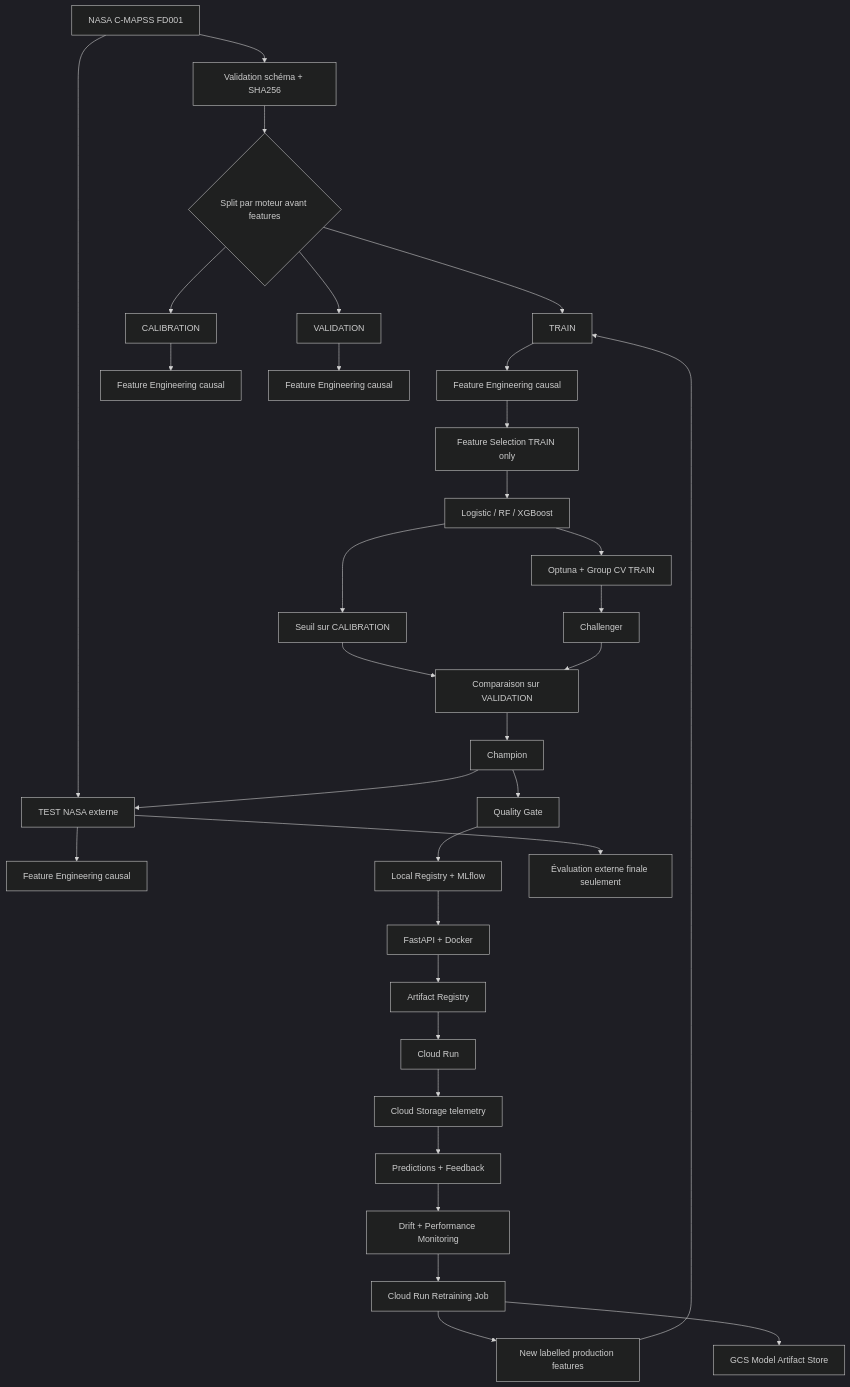
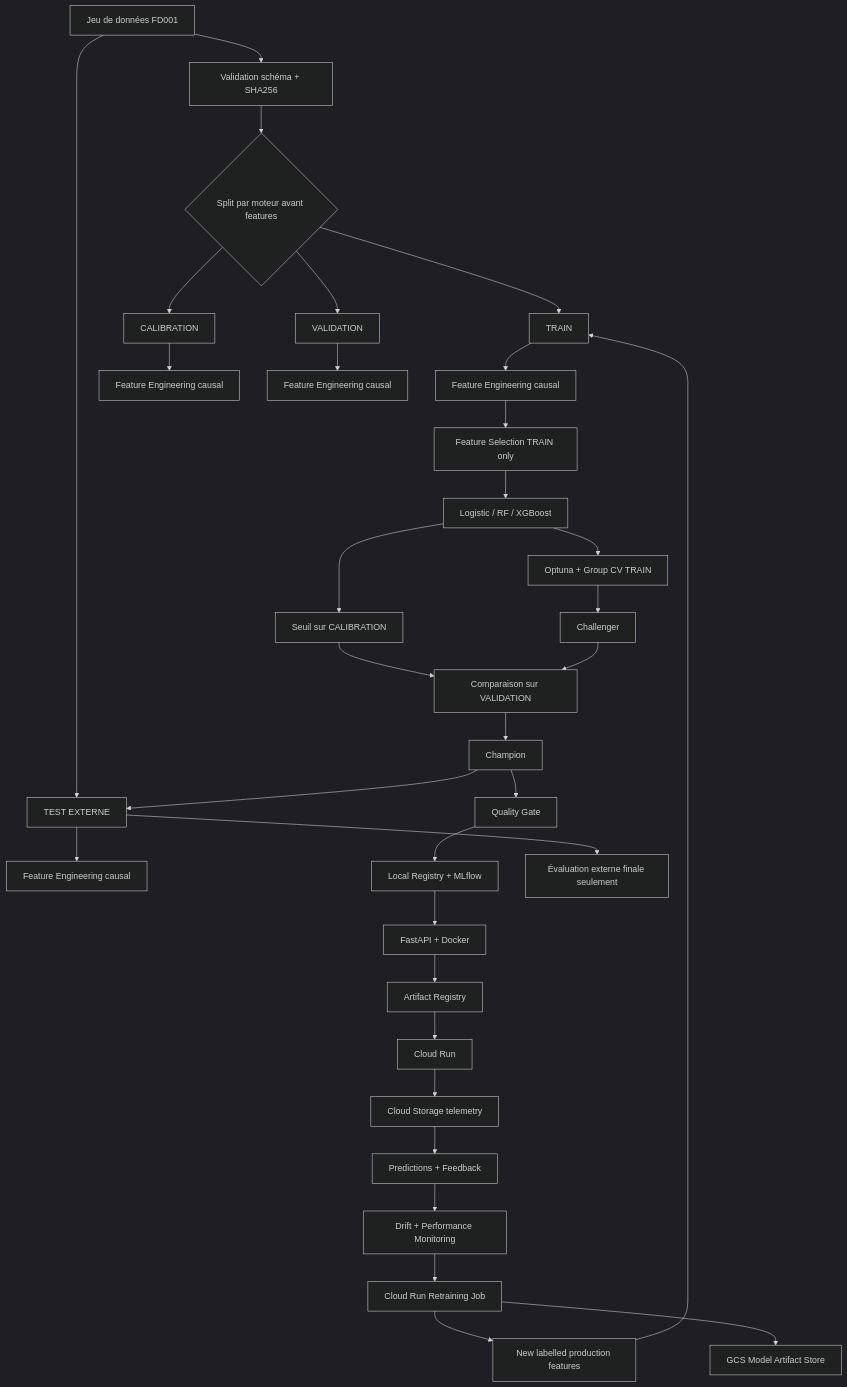
The diagram in docs/13_architecture.md (messanh0139/predictmaint-ai), drawn with Mermaid (dark theme) before and after one commit. The commit also changed 47 other files, not shown here.

````diff
--- a/docs/13_architecture.md
+++ b/docs/13_architecture.md
@@ -3,40 +3,40 @@
 ```mermaid
 flowchart TD
-    A[NASA C-MAPSS FD001] --> B[Validation schéma + SHA256]
+    A[Jeu de données FD001] --> B[Validation schéma + SHA256]
     B --> C{Split par moteur avant features}
     C --> D[TRAIN]
     C --> E[CALIBRATION]
     C --> F[VALIDATION]
-    A --> G[TEST NASA externe]
+    A --> G[TEST EXTERNE]
 
     D --> H[Feature Engineering causal]
     E --> I[Feature Engineering causal]
     F --> J[Feature Engineering causal]
     G --> K[Feature Engineering causal]
 
     H --> L[Feature Selection TRAIN only]
     L --> M[Logistic / RF / XGBoost]
     M --> N[Seuil sur CALIBRATION]
     N --> O[Comparaison sur VALIDATION]
     O --> P[Champion]
     M --> Q[Optuna + Group CV TRAIN]
     Q --> R[Challenger]
     R --> O
 
     P --> S[Quality Gate]
     S --> T[Local Registry + MLflow]
     T --> U[FastAPI + Docker]
     U --> V[Artifact Registry]
     V --> W[Cloud Run]
 
     W --> X[Cloud Storage telemetry]
     X --> Y[Predictions + Feedback]
     Y --> Z[Drift + Performance Monitoring]
     Z --> AA[Cloud Run Retraining Job]
     AA --> AB[New labelled production features]
     AB --> D
     AA --> AC[GCS Model Artifact Store]
 
     P --> G
     G --> AD[Évaluation externe finale seulement]
 ```
````
